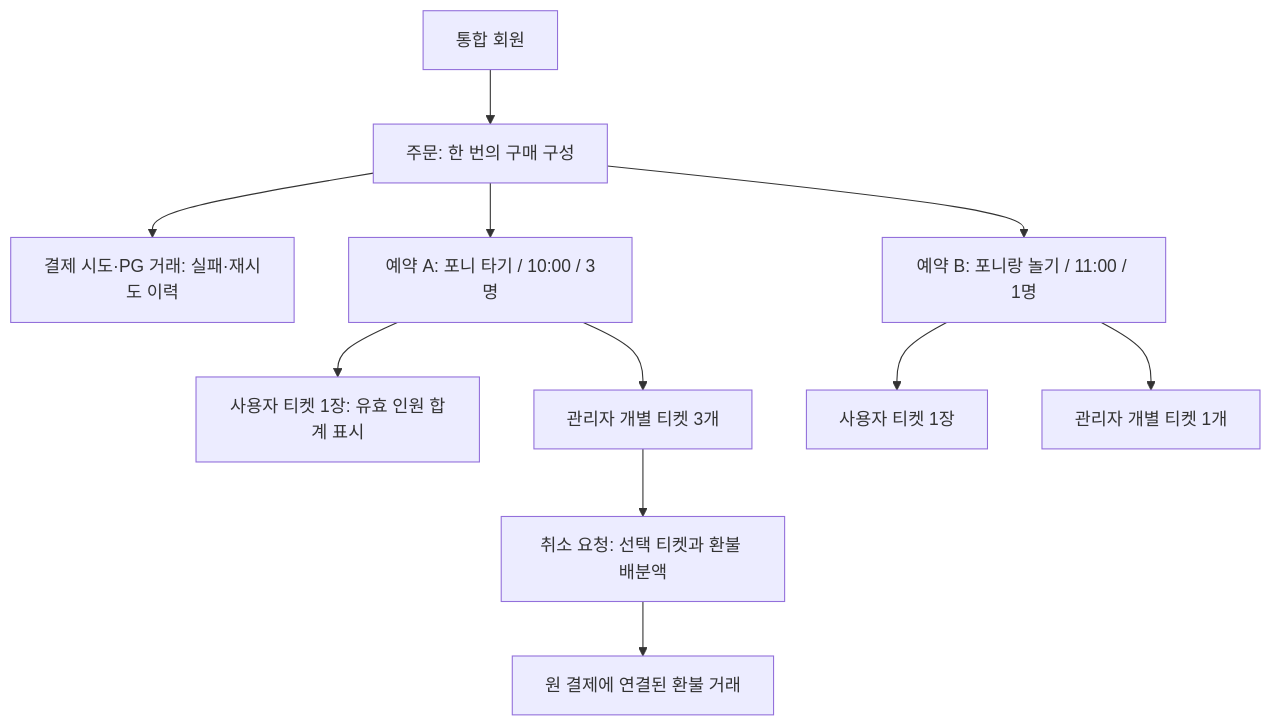
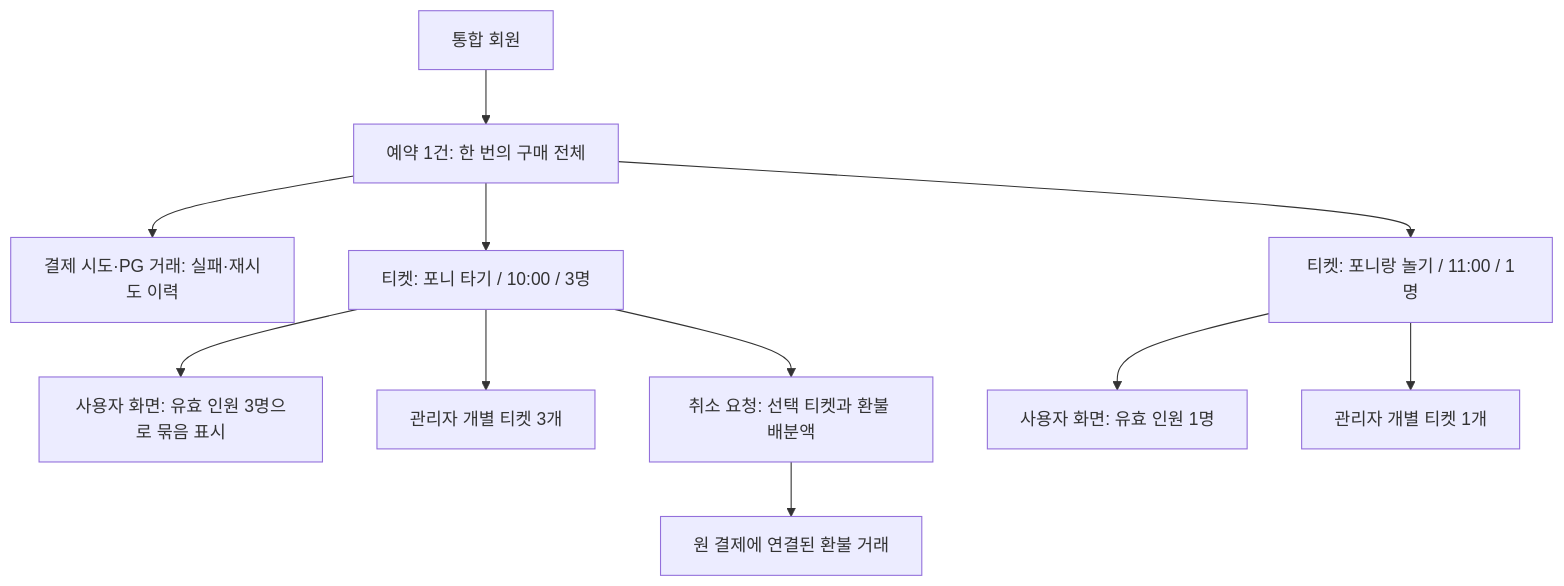
The diagram in outputs/렛츠런파크_기획자_개발검토_v1.md (olabeann/letsrunpark-reser), drawn with Mermaid before and after one commit. The commit also changed other lines of this file and 17 other files, not shown here.

````diff
--- a/outputs/렛츠런파크_기획자_개발검토_v1.md
+++ b/outputs/렛츠런파크_기획자_개발검토_v1.md
@@ -26,13 +26,13 @@
 ```mermaid
 flowchart TD
-    M["통합 회원"] --> O["주문: 한 번의 구매 구성"]
-    O --> P["결제 시도·PG 거래: 실패·재시도 이력"]
-    O --> R1["예약 A: 포니 타기 / 10:00 / 3명"]
-    O --> R2["예약 B: 포니랑 놀기 / 11:00 / 1명"]
-    R1 --> U1["사용자 티켓 1장: 유효 인원 합계 표시"]
-    R1 --> T1["관리자 개별 티켓 3개"]
-    R2 --> U2["사용자 티켓 1장"]
-    R2 --> T2["관리자 개별 티켓 1개"]
+    M["통합 회원"] --> R["예약 1건: 한 번의 구매 전체"]
+    R --> P["결제 시도·PG 거래: 실패·재시도 이력"]
+    R --> T1["티켓: 포니 타기 / 10:00 / 3명"]
+    R --> T2["티켓: 포니랑 놀기 / 11:00 / 1명"]
+    T1 --> U1["사용자 화면: 유효 인원 3명으로 묶음 표시"]
+    T1 --> A1["관리자 개별 티켓 3개"]
+    T2 --> U2["사용자 화면: 유효 인원 1명"]
+    T2 --> A2["관리자 개별 티켓 1개"]
     T1 --> C["취소 요청: 선택 티켓과 환불 배분액"]
     C --> F["원 결제에 연결된 환불 거래"]
 ```
````
